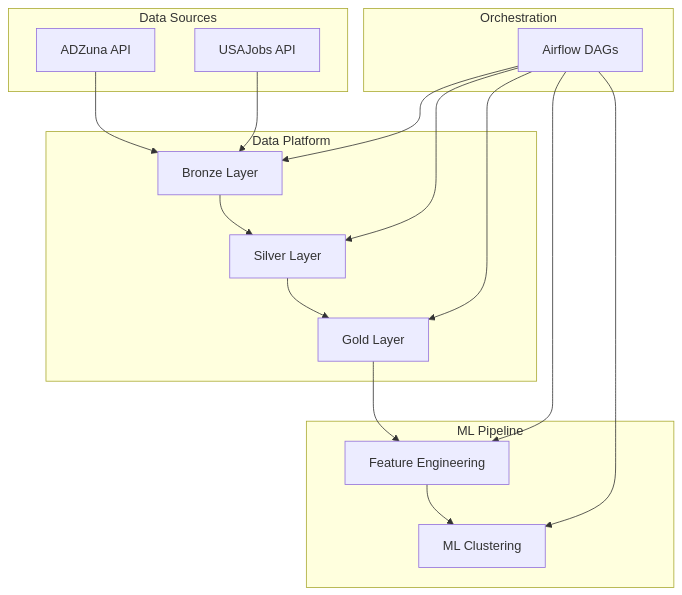
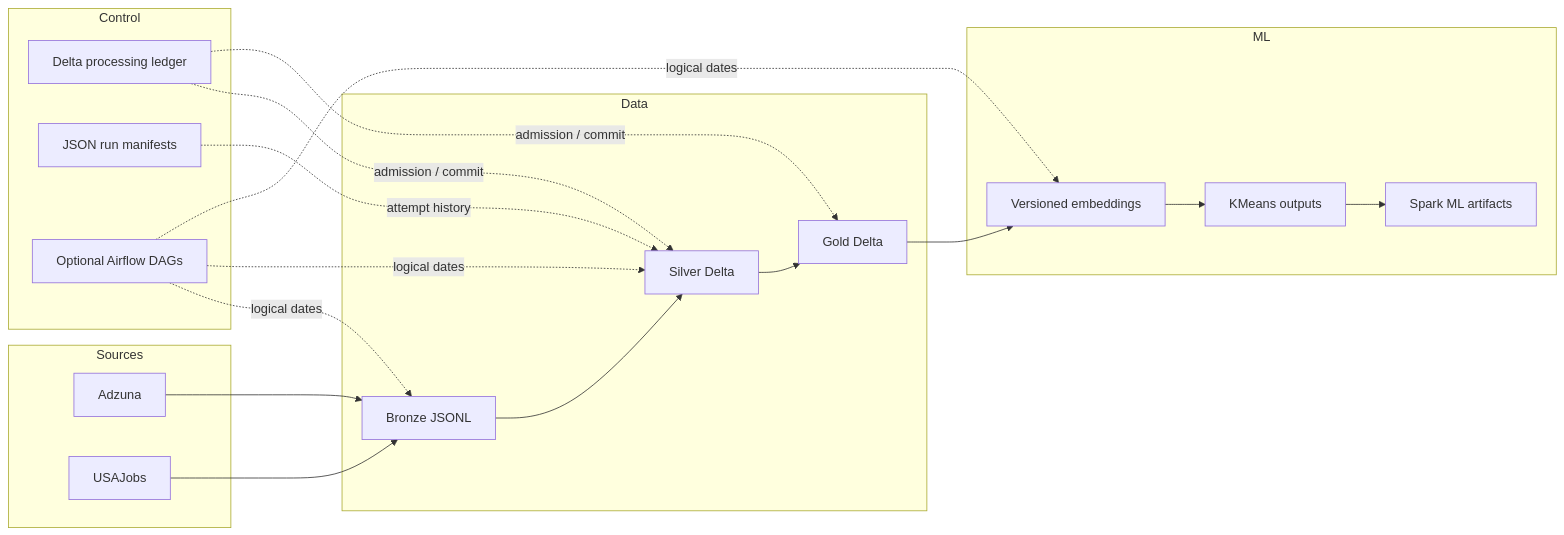
The diagram in README.md (ScriptFizz/Real-Time-Job-Market-Intelligence-Platform), drawn with Mermaid before and after one commit. The commit also changed other lines of this file and 31 other files, not shown here.

````diff
--- a/README.md
+++ b/README.md
@@ -96,35 +38,32 @@
 ```mermaid
-flowchart TD
-    subgraph Data Sources
-        A[ADZuna API]
-        B[USAJobs API]
+flowchart LR
+    subgraph Sources
+        A[Adzuna]
+        U[USAJobs]
+    end
+    subgraph Data
+        B[Bronze JSONL]
+        S[Silver Delta]
+        G[Gold Delta]
+    end
+    subgraph ML
+        F[Versioned embeddings]
+        M[KMeans outputs]
+        R[Spark ML artifacts]
+    end
+    subgraph Control
+        L[Delta processing ledger]
+        O[JSON run manifests]
+        AF[Optional Airflow DAGs]
     end
 
-    subgraph Data Platform
-        C[Bronze Layer]
-        D[Silver Layer]
-        E[Gold Layer]
-    end
-
-    subgraph ML Pipeline
-        F[Feature Engineering]
-        G[ML Clustering]
-    end
-
-    subgraph Orchestration
-        H[Airflow DAGs]
-    end
-
-    A --> C
-    B --> C
-    C --> D
-    D --> E
-    E --> F
-    F --> G
-
-    H --> C
-    H --> D
-    H --> E
-    H --> F
-    H --> G
+    A --> B
+    U --> B
+    B --> S --> G --> F --> M --> R
+    L -. admission / commit .-> S
+    L -. admission / commit .-> G
+    O -. attempt history .-> S
+    AF -. logical dates .-> B
+    AF -. logical dates .-> S
+    AF -. logical dates .-> F
 ```
````
